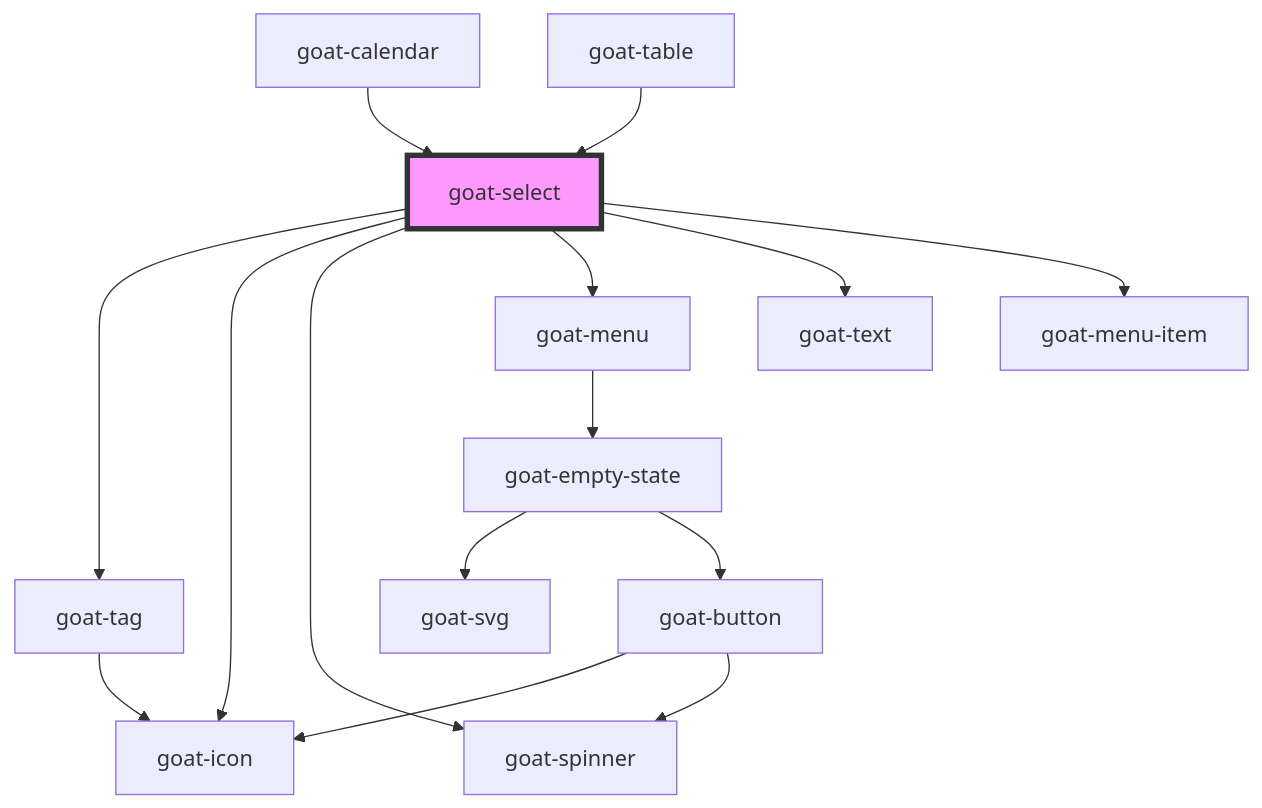
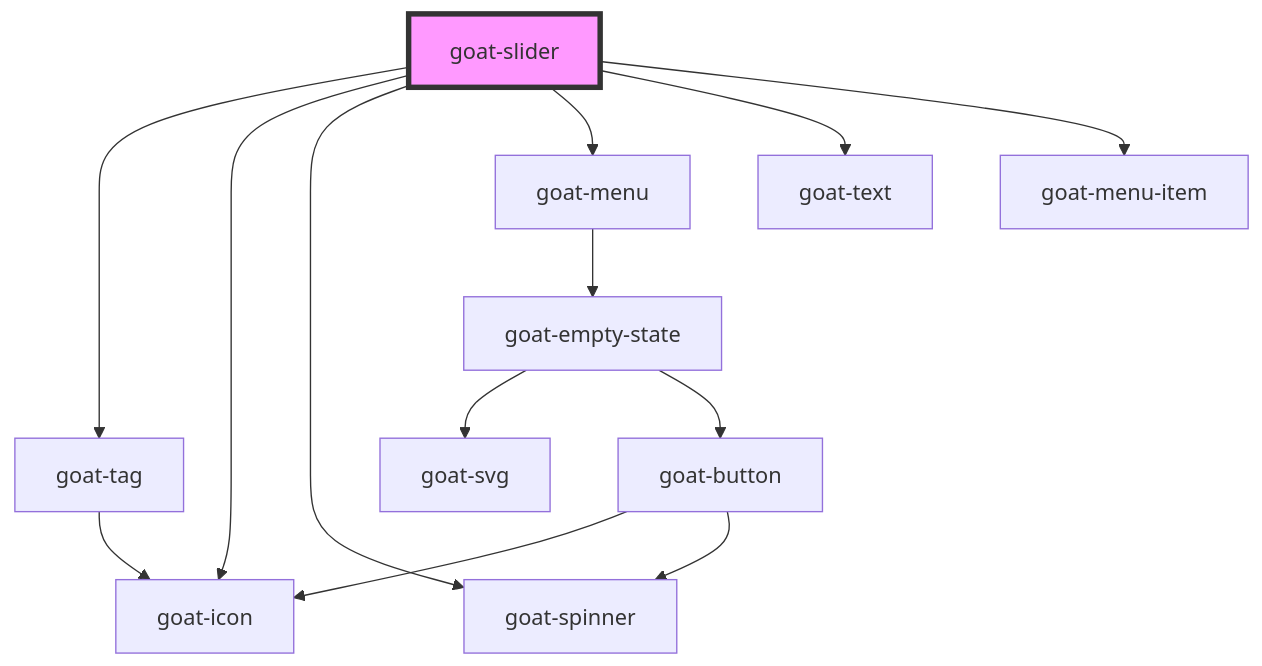
The diagram in src/components/data-entry/slider/readme.md (goatui/components), drawn with Mermaid before and after one commit. The commit also changed other lines of this file and 9 other files, not shown here.

````diff
--- a/src/components/data-entry/slider/readme.md
+++ b/src/components/data-entry/slider/readme.md
@@ -92,18 +87,16 @@
 ```mermaid
 graph TD;
-  goat-select --> goat-tag
-  goat-select --> goat-icon
-  goat-select --> goat-spinner
-  goat-select --> goat-menu
-  goat-select --> goat-text
-  goat-select --> goat-menu-item
+  goat-slider --> goat-tag
+  goat-slider --> goat-icon
+  goat-slider --> goat-spinner
+  goat-slider --> goat-menu
+  goat-slider --> goat-text
+  goat-slider --> goat-menu-item
   goat-tag --> goat-icon
   goat-menu --> goat-empty-state
   goat-empty-state --> goat-svg
   goat-empty-state --> goat-button
   goat-button --> goat-icon
   goat-button --> goat-spinner
-  goat-calendar --> goat-select
-  goat-table --> goat-select
-  style goat-select fill:#f9f,stroke:#333,stroke-width:4px
+  style goat-slider fill:#f9f,stroke:#333,stroke-width:4px
 ```
````
